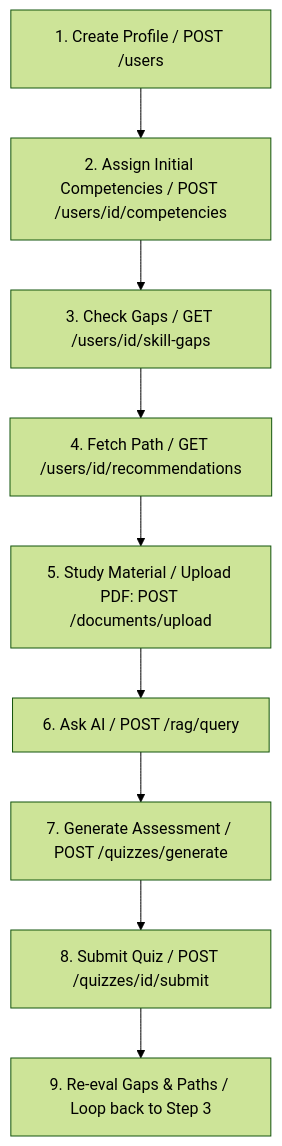
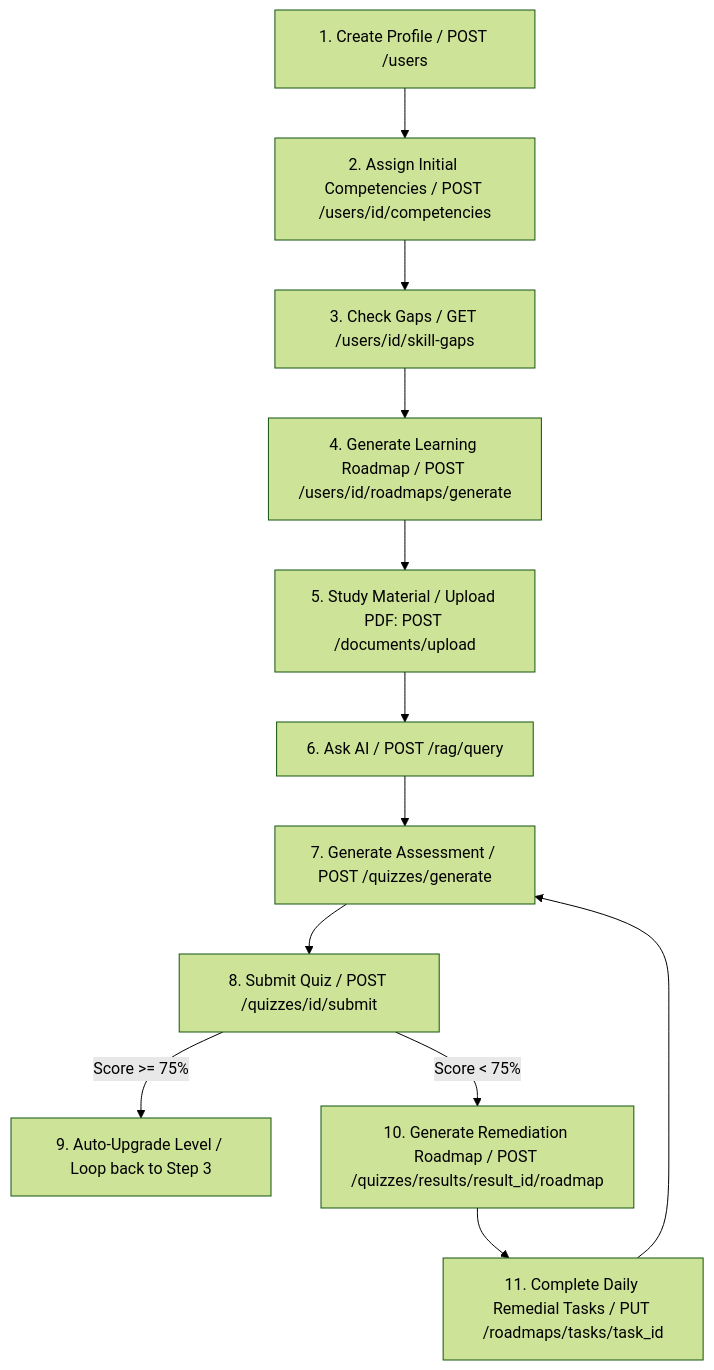
One commit to RoshanJT5/SIH-26101 changed the diagram in API_DOCUMENTATION.md. Above: the diagram before and after it, drawn with Mermaid (forest theme). The commit also changed other lines of this file, not shown here.

Commit message:
Add Roadmap 2

````diff
--- a/API_DOCUMENTATION.md
+++ b/API_DOCUMENTATION.md
@@ -16,11 +16,14 @@
 ```mermaid
 graph TD
     A[1. Create Profile / POST /users] --> B[2. Assign Initial Competencies / POST /users/id/competencies]
     B --> C[3. Check Gaps / GET /users/id/skill-gaps]
-    C --> D[4. Fetch Path / GET /users/id/recommendations]
+    C --> D[4. Generate Learning Roadmap / POST /users/id/roadmaps/generate]
     D --> E[5. Study Material / Upload PDF: POST /documents/upload]
     E --> F[6. Ask AI / POST /rag/query]
     F --> G[7. Generate Assessment / POST /quizzes/generate]
     G --> H[8. Submit Quiz / POST /quizzes/id/submit]
-    H --> I[9. Re-eval Gaps & Paths / Loop back to Step 3]
+    H -->|Score >= 75%| I[9. Auto-Upgrade Level / Loop back to Step 3]
+    H -->|Score < 75%| J[10. Generate Remediation Roadmap / POST /quizzes/results/result_id/roadmap]
+    J --> K[11. Complete Daily Remedial Tasks / PUT /roadmaps/tasks/task_id]
+    K --> G
 ```
````
